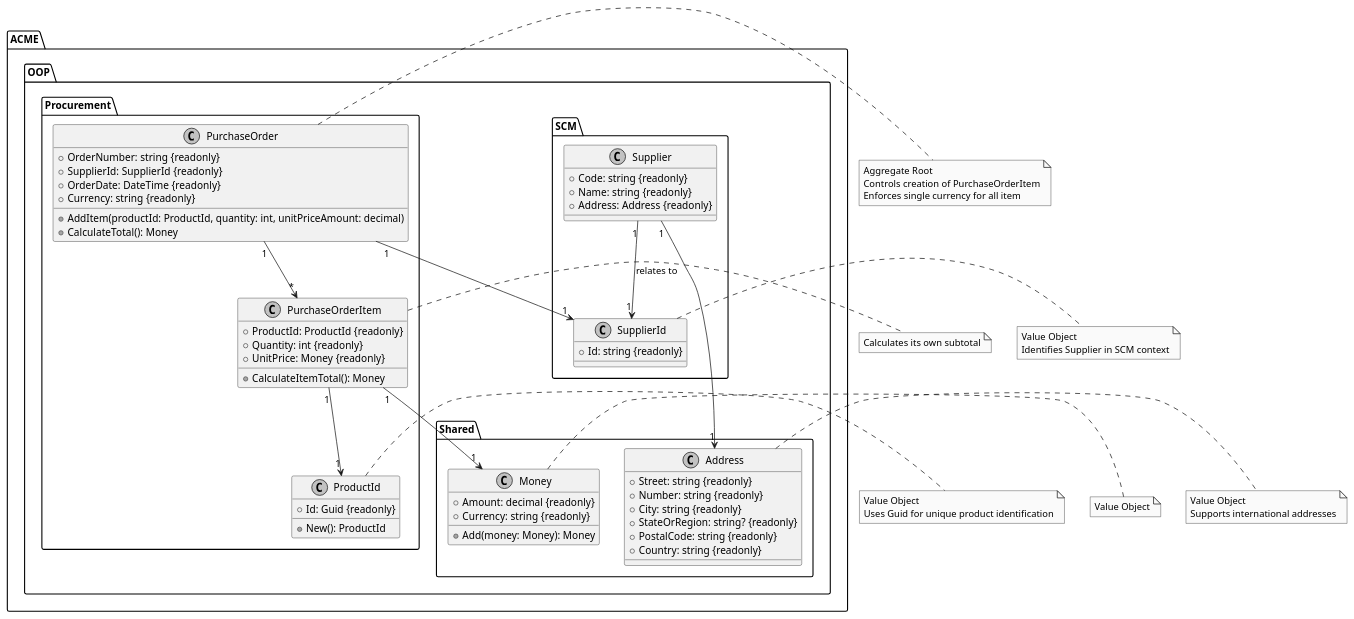
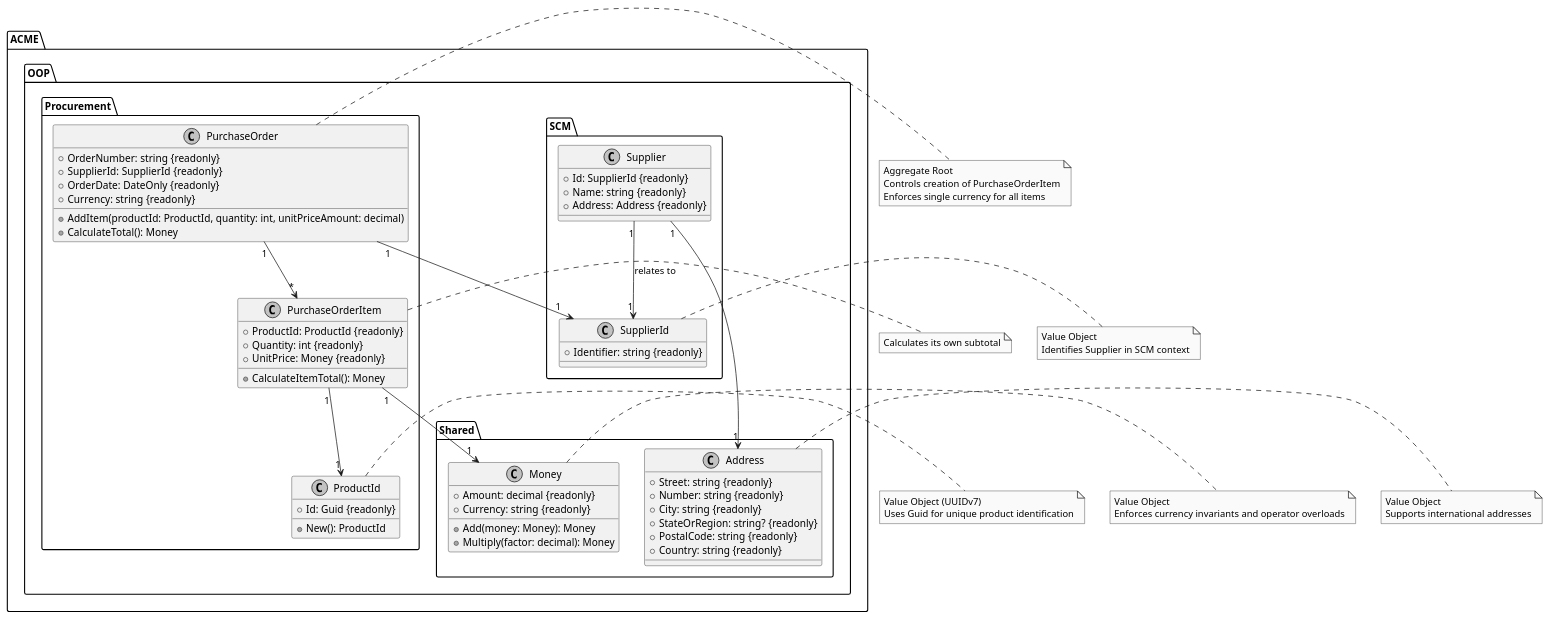
Before and after one commit to upc-pre-202620-1asi0730-8150/oop-sample: the diagram in docs/class-diagram.puml, drawn with PlantUML.

Commit message:
docs: update class diagram for modernized domain model and invariants

```diff
--- a/docs/class-diagram.puml
+++ b/docs/class-diagram.puml
@@ -1,94 +1,96 @@
 @startuml
 skinparam monochrome true
 
 package "ACME.OOP.SCM" {
   class "Supplier" as Supplier {
-    +Code: string {readonly}
+    +Id: SupplierId {readonly}
     +Name: string {readonly}
     +Address: Address {readonly}
   }
 
   class "SupplierId" as SupplierId {
-    +Id: string {readonly}
+    +Identifier: string {readonly}
   }
 
   Supplier "1" --> "1" SupplierId : relates to
 }
 
 package "ACME.OOP.Procurement" {
   class "PurchaseOrder" as PO {
     +OrderNumber: string {readonly}
     +SupplierId: SupplierId {readonly}
-    +OrderDate: DateTime {readonly}
+    +OrderDate: DateOnly {readonly}
     +Currency: string {readonly}
     +AddItem(productId: ProductId, quantity: int, unitPriceAmount: decimal)
     +CalculateTotal(): Money
   }
 
   class "PurchaseOrderItem" as POItem {
     +ProductId: ProductId {readonly}
     +Quantity: int {readonly}
     +UnitPrice: Money {readonly}
     +CalculateItemTotal(): Money
   }
 
   class "ProductId" as ProductId {
     +Id: Guid {readonly}
     +New(): ProductId
   }
 
   PO "1" --> "1" SupplierId
   PO "1" --> "*" POItem
   POItem "1" --> "1" ProductId
 }
 
 package "ACME.OOP.Shared" {
   class "Money" as Money {
     +Amount: decimal {readonly}
     +Currency: string {readonly}
     +Add(money: Money): Money
+    +Multiply(factor: decimal): Money
   }
 
   class "Address" as Address {
     +Street: string {readonly}
     +Number: string {readonly}
     +City: string {readonly}
     +StateOrRegion: string? {readonly}
     +PostalCode: string {readonly}
     +Country: string {readonly}
   }
 
   POItem "1" --> "1" Money
   Supplier "1" --> "1" Address
 }
 
 note right of PO
   Aggregate Root
   Controls creation of PurchaseOrderItem
-  Enforces single currency for all item
+  Enforces single currency for all items
 end note
 
 note right of POItem
   Calculates its own subtotal
 end note
 
 note right of ProductId
-  Value Object
+  Value Object (UUIDv7)
   Uses Guid for unique product identification
 end note
 
 note right of SupplierId
   Value Object
   Identifies Supplier in SCM context
 end note
 
 note right of Money
   Value Object
+  Enforces currency invariants and operator overloads
 end note
 
 note right of Address
   Value Object
   Supports international addresses
 end note
 
 @enduml
```
